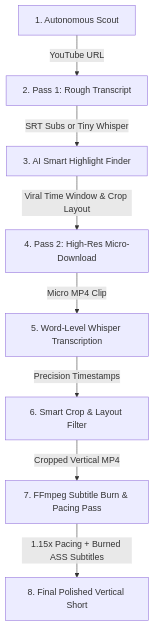
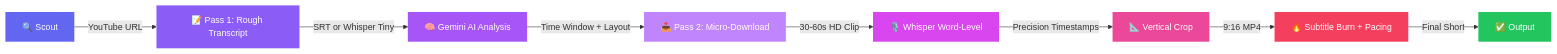
One commit to random-or/shorts-clipper changed the diagram in README.md. Above: the diagram before and after it, drawn with Mermaid. The commit also changed other lines of this file, not shown here.

Commit message:
docs: rewrite README with professional layout, badges, mermaid diagrams & full docs

````diff
--- a/README.md
+++ b/README.md
@@ -24,10 +89,19 @@
 ```mermaid
-graph TD;
-    Scout[1. Autonomous Scout] -->|YouTube URL| Pass1[2. Pass 1: Rough Transcript]
-    Pass1 -->|SRT Subs or Tiny Whisper| LLM[3. AI Smart Highlight Finder]
-    LLM -->|Viral Time Window & Crop Layout| Pass2[4. Pass 2: High-Res Micro-Download]
-    Pass2 -->|Micro MP4 Clip| Whisper[5. Word-Level Whisper Transcription]
-    Whisper -->|Precision Timestamps| Crop[6. Smart Crop & Layout Filter]
-    Crop -->|Cropped Vertical MP4| Burn[7. FFmpeg Subtitle Burn & Pacing Pass]
-    Burn -->|1.15x Pacing + Burned ASS Subtitles| Out[8. Final Polished Vertical Short]
+graph LR
+    A["🔍 Scout"] -->|YouTube URL| B["📝 Pass 1: Rough Transcript"]
+    B -->|SRT or Whisper Tiny| C["🧠 Gemini AI Analysis"]
+    C -->|Time Window + Layout| D["📥 Pass 2: Micro-Download"]
+    D -->|30-60s HD Clip| E["🎙️ Whisper Word-Level"]
+    E -->|Precision Timestamps| F["📐 Vertical Crop"]
+    F -->|9:16 MP4| G["🔥 Subtitle Burn + Pacing"]
+    G -->|Final Short| H["✅ Output"]
+
+    style A fill:#6366f1,stroke:none,color:#fff
+    style B fill:#8b5cf6,stroke:none,color:#fff
+    style C fill:#a855f7,stroke:none,color:#fff
+    style D fill:#c084fc,stroke:none,color:#fff
+    style E fill:#d946ef,stroke:none,color:#fff
+    style F fill:#ec4899,stroke:none,color:#fff
+    style G fill:#f43f5e,stroke:none,color:#fff
+    style H fill:#22c55e,stroke:none,color:#fff
 ```
````
